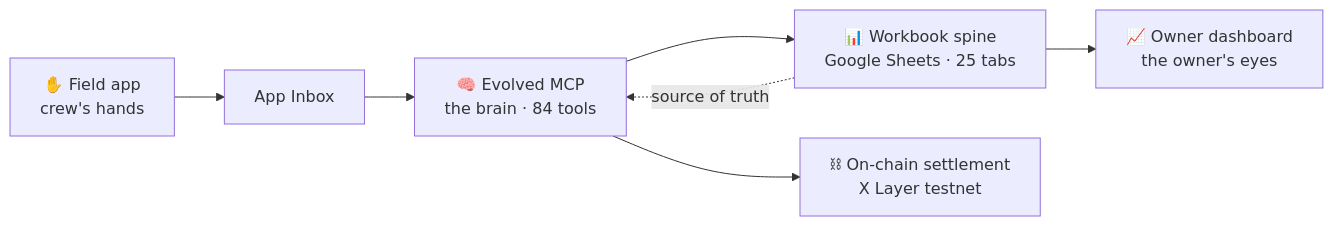
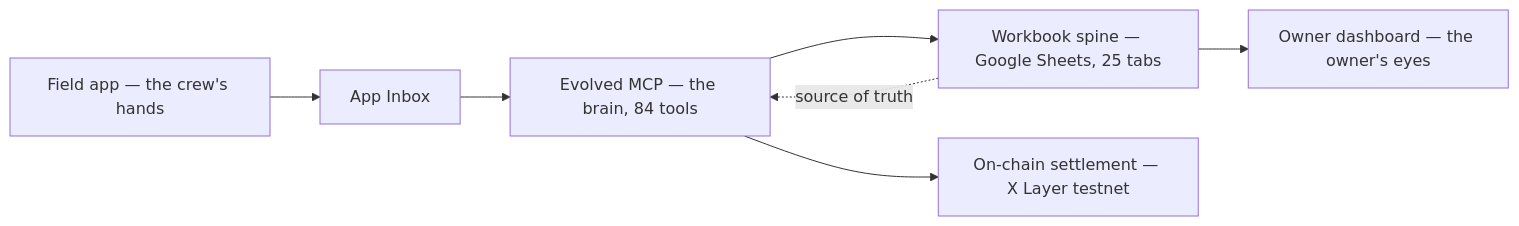
The first of 2 diagrams in README.md (kr8tiv-ai/evolved), drawn with Mermaid before and after one commit. The commit also changed other lines of this file, not shown here.

Commit message:
Mermaid: single-line fully-quoted labels so GitHub renders the diagrams (root cause: unquoted labels + in-label <br>)

````diff
--- a/README.md
+++ b/README.md
@@ -106,9 +106,9 @@
 ```mermaid
 flowchart LR
-    FA["✋ Field app<br>crew's hands"] --> INBOX["App Inbox"]
-    INBOX --> MCP["🧠 Evolved MCP<br>the brain · 84 tools"]
-    MCP --> WB["📊 Workbook spine<br>Google Sheets · 25 tabs"]
-    MCP --> CHAIN["⛓ On-chain settlement<br>X Layer testnet"]
+    FA["Field app — the crew's hands"] --> INBOX["App Inbox"]
+    INBOX --> MCP["Evolved MCP — the brain, 84 tools"]
+    MCP --> WB["Workbook spine — Google Sheets, 25 tabs"]
+    MCP --> CHAIN["On-chain settlement — X Layer testnet"]
     WB -.->|source of truth| MCP
-    WB --> DASH["📈 Owner dashboard<br>the owner's eyes"]
+    WB --> DASH["Owner dashboard — the owner's eyes"]
 ```
````
